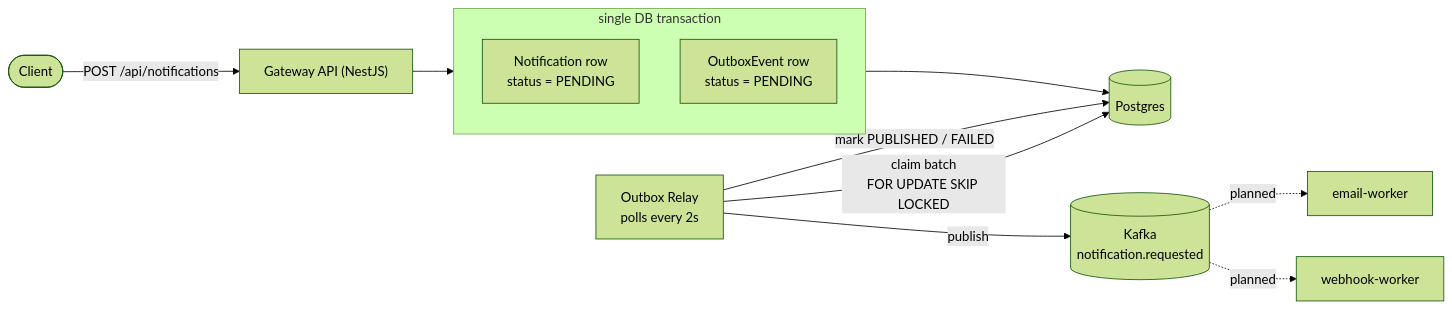
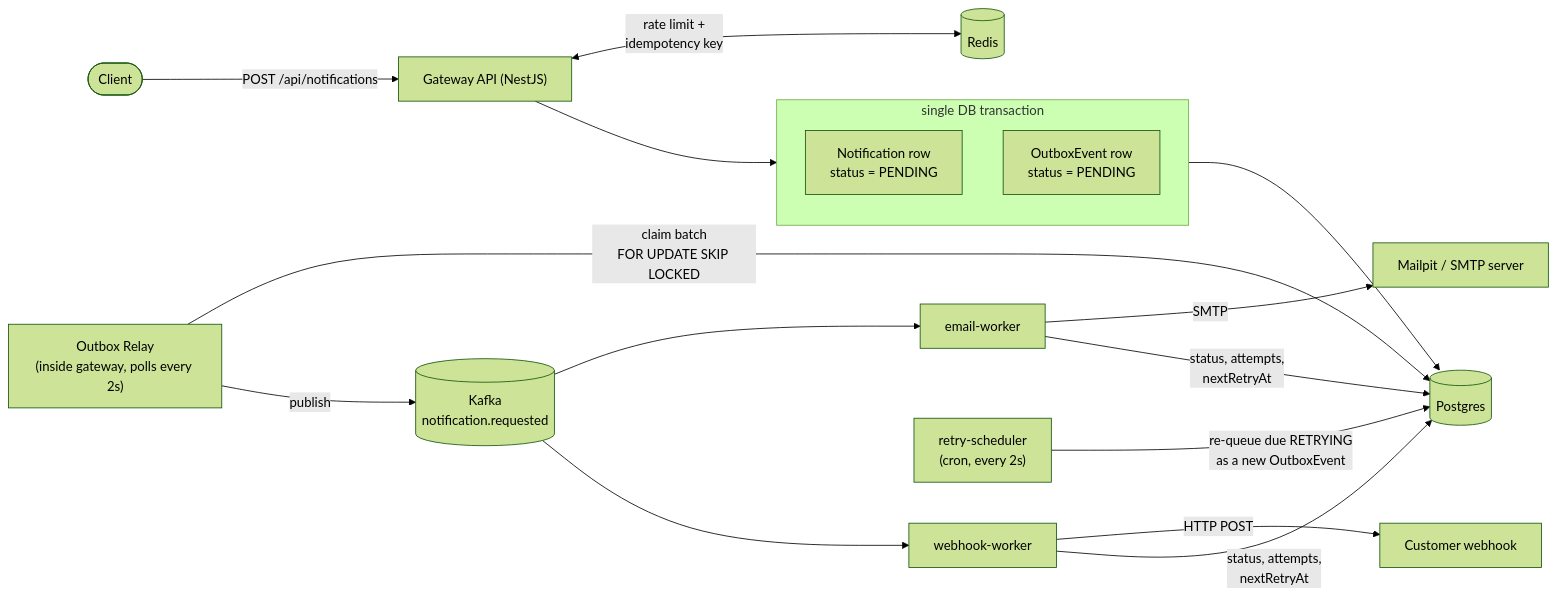
The diagram in README.md (AmarKajevic/Notifications-Platform), drawn with Mermaid (forest theme) before and after one commit. The commit also changed other lines of this file and 1 other file, not shown here.

````diff
--- a/README.md
+++ b/README.md
@@ -7,20 +7,27 @@
 ```mermaid
 flowchart LR
     Client(["Client"]) -->|"POST /api/notifications"| Gateway["Gateway API (NestJS)"]
+    Gateway <-->|"rate limit +<br/>idempotency key"| Redis[("Redis")]
 
     subgraph tx["single DB transaction"]
         direction TB
         N["Notification row<br/>status = PENDING"]
         O["OutboxEvent row<br/>status = PENDING"]
     end
 
     Gateway --> tx
     tx --> DB[(Postgres)]
 
-    Relay["Outbox Relay<br/>polls every 2s"] -->|"claim batch<br/>FOR UPDATE SKIP LOCKED"| DB
+    Relay["Outbox Relay<br/>(inside gateway, polls every 2s)"] -->|"claim batch<br/>FOR UPDATE SKIP LOCKED"| DB
     Relay -->|publish| Kafka[("Kafka<br/>notification.requested")]
-    Relay -->|"mark PUBLISHED / FAILED"| DB
 
-    Kafka -.->|planned| EmailWorker["email-worker"]
-    Kafka -.->|planned| WebhookWorker["webhook-worker"]
+    Kafka --> EmailWorker["email-worker"]
+    Kafka --> WebhookWorker["webhook-worker"]
+    EmailWorker -->|SMTP| Mail["Mailpit / SMTP server"]
+    WebhookWorker -->|"HTTP POST"| Hook["Customer webhook"]
+
+    EmailWorker -->|"status, attempts,<br/>nextRetryAt"| DB
+    WebhookWorker -->|"status, attempts,<br/>nextRetryAt"| DB
+
+    Scheduler["retry-scheduler<br/>(cron, every 2s)"] -->|"re-queue due RETRYING<br/>as a new OutboxEvent"| DB
 ```
````
